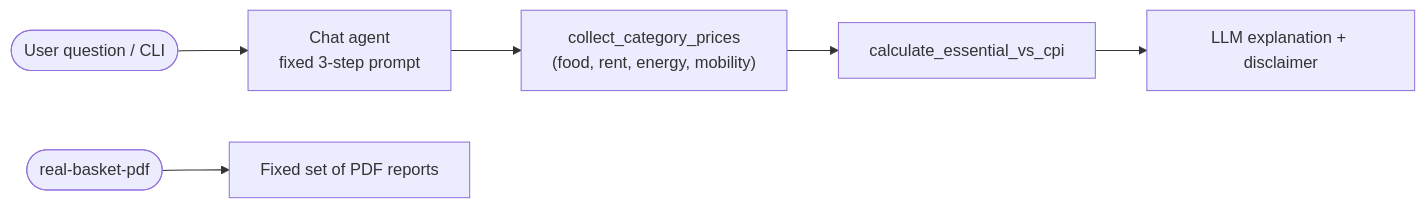
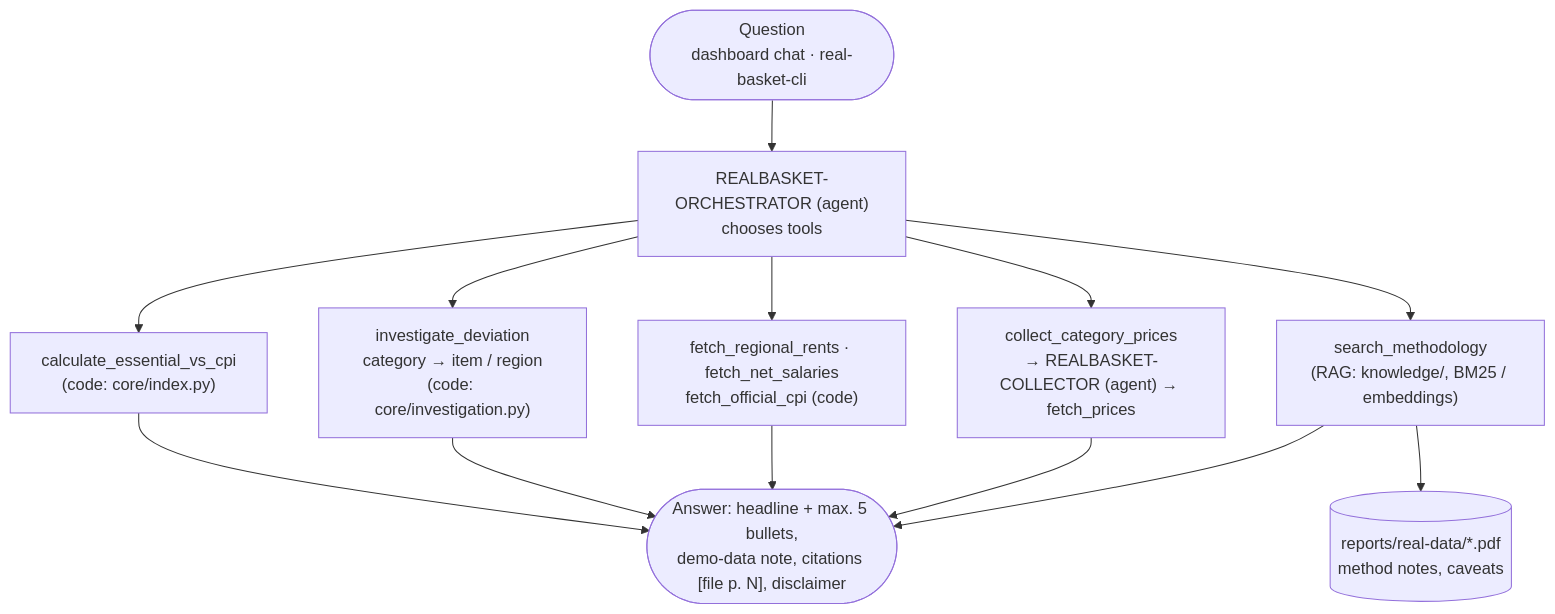
One commit to ValentinIliu1212/real-basket changed the diagram in docs/process-redesign.md. Above: the diagram before and after it, drawn with Mermaid. The commit also changed other lines of this file and 25 other files, not shown here.

Commit message:
Optimise for hackathon demo: remove monitoring flow; dashboard headline with biggest driver, drivers tab, method-notes tab, PDF downloads, example questions, chat memory; docs

````diff
--- a/docs/process-redesign.md
+++ b/docs/process-redesign.md
@@ -217,8 +19,12 @@
 ```mermaid
-flowchart LR
-    U(["User question / CLI"]) --> O["Chat agent<br/>fixed 3-step prompt"]
-    O --> T1["collect_category_prices<br/>(food, rent, energy, mobility)"]
-    T1 --> T2["calculate_essential_vs_cpi"]
-    T2 --> T3["LLM explanation + disclaimer"]
-    S(["real-basket-pdf"]) --> PDF["Fixed set of PDF reports"]
+flowchart TD
+    U(["Question<br/>dashboard chat · real-basket-cli"]) --> O
+    O["REALBASKET-ORCHESTRATOR (agent)<br/>chooses tools"]
+    O --> C["calculate_essential_vs_cpi<br/>(code: core/index.py)"]
+    O --> I["investigate_deviation<br/>category → item / region<br/>(code: core/investigation.py)"]
+    O --> R["fetch_regional_rents · fetch_net_salaries<br/>fetch_official_cpi (code)"]
+    O --> COL["collect_category_prices<br/>→ REALBASKET-COLLECTOR (agent) → fetch_prices"]
+    O --> K["search_methodology<br/>(RAG: knowledge/, BM25 / embeddings)"]
+    K --> PDF[("reports/real-data/*.pdf<br/>method notes, caveats")]
+    C & I & R & COL & K --> A(["Answer: headline + max. 5 bullets,<br/>demo-data note, citations [file p. N], disclaimer"])
 ```
````
